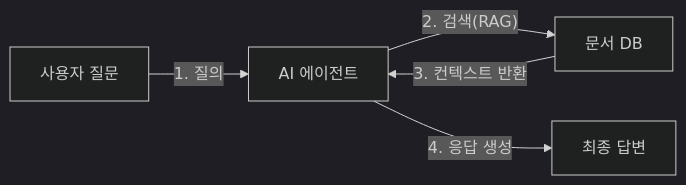
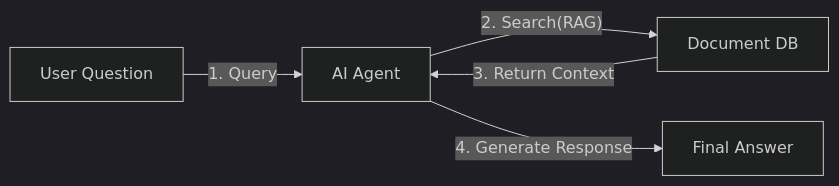
Before and after one commit to kjh5848/book-agent: the second of 2 diagrams in .claude/skills/visual/references/mermaid.md, drawn with Mermaid (dark theme). The commit also changed other lines of this file and 1474 other files, not shown here.

````diff
--- a/.claude/skills/visual/references/mermaid.md
+++ b/.claude/skills/visual/references/mermaid.md
@@ -61,7 +79,7 @@
 ```mermaid
 flowchart LR
-    A["사용자 질문"] -- "1. 질의" --> B["AI 에이전트"]
-    B -- "2. 검색(RAG)" --> C["문서 DB"]
-    C -- "3. 컨텍스트 반환" --> B
-    B -- "4. 응답 생성" --> D["최종 답변"]
+    A["User Question"] -- "1. Query" --> B["AI Agent"]
+    B -- "2. Search(RAG)" --> C["Document DB"]
+    C -- "3. Return Context" --> B
+    B -- "4. Generate Response" --> D["Final Answer"]
 ```
````
